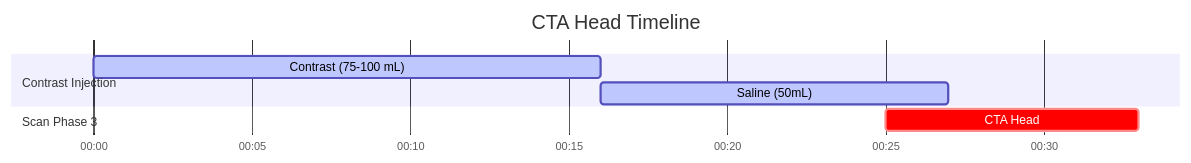
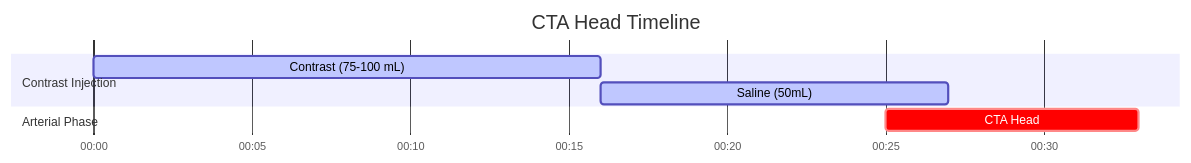
Before and after one commit to dfergs93/radiology-protocols: the diagram in docs/ct/neuro/cta-head.md, drawn with Mermaid. The commit also changed 79 other files, not shown here.

````diff
--- a/docs/ct/neuro/cta-head.md
+++ b/docs/ct/neuro/cta-head.md
@@ -84,16 +84,16 @@
   ```mermaid
   ---
   config:
     theme: default
   ---
     gantt
       title CTA Head Timeline
       dateFormat mm:ss
       axisFormat %M:%S 
       
       section Contrast Injection
       Contrast (75-100 mL)    :active, contrast, 00:00, 16s
       Saline (50mL)          :active, saline, after contrast, 11s
-      section Scan Phase 3
-      CTA Head    :crit, scan3, 00:25, 8s
+      section Arterial Phase
+      CTA Head    :crit, scan1, 00:25, 8s
   ```
````
